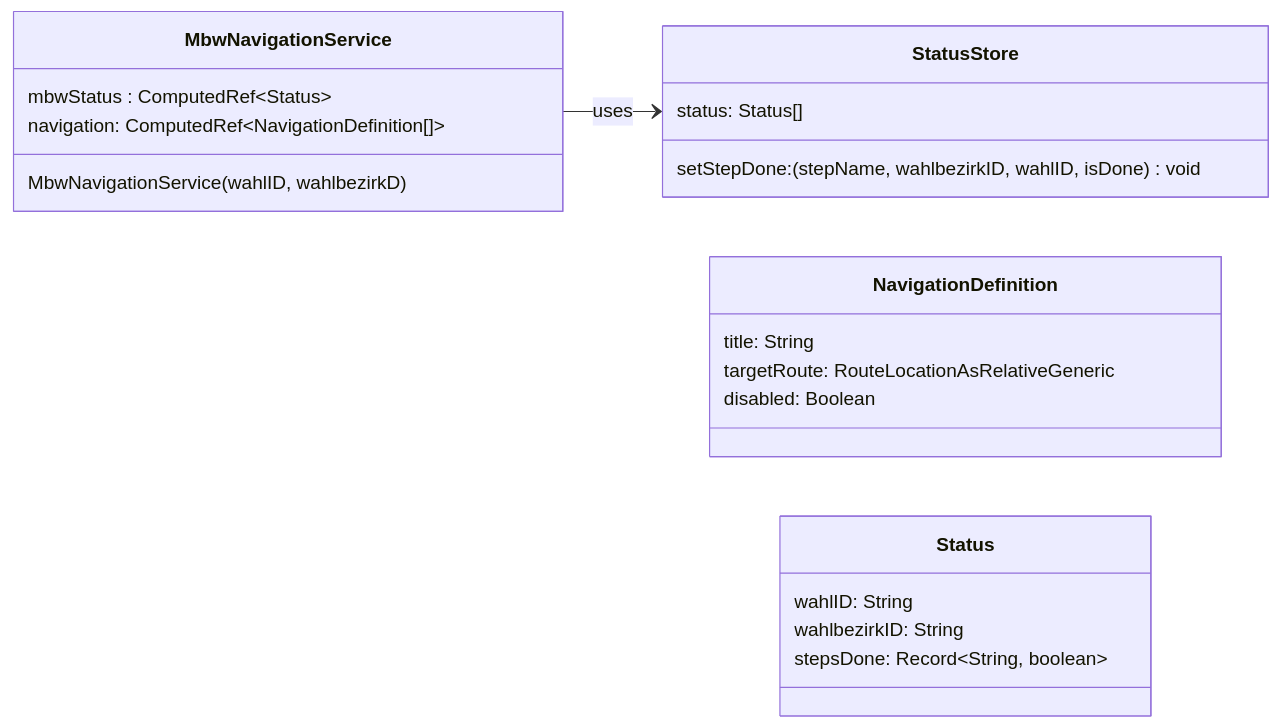
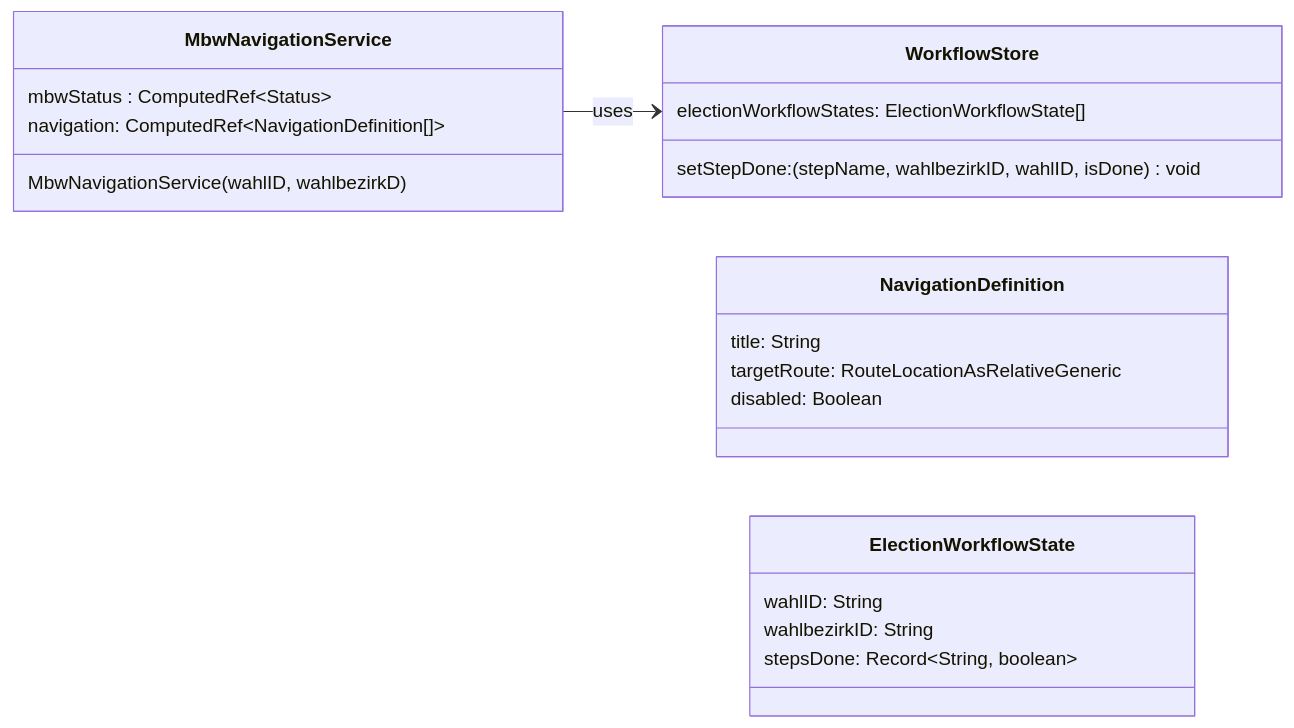
One commit to it-at-m/Wahllokalsystem changed the second of 2 diagrams in docs/src/technik/systemspecification/frontend/navigation-and-workflow.md. Above: the diagram before and after it, drawn with Mermaid. The commit also changed other lines of this file, not shown here.

Commit message:
update doc after renaming

````diff
--- a/docs/src/technik/systemspecification/frontend/navigation-and-workflow.md
+++ b/docs/src/technik/systemspecification/frontend/navigation-and-workflow.md
@@ -58,29 +58,29 @@
 ```mermaid
 classDiagram
         direction RL
 
-        class StatusStore {
-            status: Status[]
+        class WorkflowStore {
+            electionWorkflowStates: ElectionWorkflowState[]
             setStepDone: (stepName, wahlbezirkID, wahlID, isDone) void
         }
 
         class MbwNavigationService {
             mbwStatus : ComputedRef&lt;Status&gt;
             navigation: ComputedRef&lt;NavigationDefinition[]&gt;
             MbwNavigationService(wahlID, wahlbezirkD)
         }
 
-        StatusStore <-- MbwNavigationService : uses
+    WorkflowStore <-- MbwNavigationService : uses
 
         class NavigationDefinition {
             title: String
             targetRoute: RouteLocationAsRelativeGeneric
             disabled: Boolean
         }
 
-        class Status {
+        class ElectionWorkflowState {
             wahlID: String
             wahlbezirkID: String
             stepsDone: Record&lt;String, boolean&gt;
         }
 ```
````
